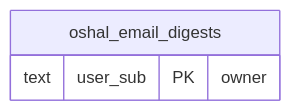
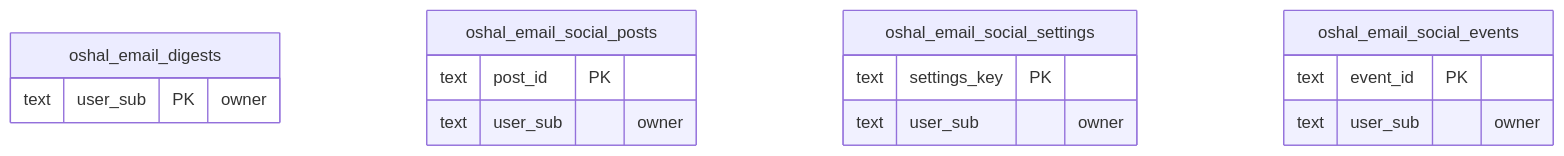
One commit to emeraldcoastsystemsgroup/oshal-apps changed the diagram in email-summarizer/SCHEMA.md. Above: the diagram before and after it, drawn with Mermaid. The commit also changed other lines of this file and 246 other files, not shown here.

````diff
--- a/email-summarizer/SCHEMA.md
+++ b/email-summarizer/SCHEMA.md
@@ -17,6 +17,18 @@
 ```mermaid
 erDiagram
   oshal_email_digests {
     text user_sub PK "owner"
   }
+  oshal_email_social_posts {
+    text post_id PK
+    text user_sub "owner"
+  }
+  oshal_email_social_settings {
+    text settings_key PK
+    text user_sub "owner"
+  }
+  oshal_email_social_events {
+    text event_id PK
+    text user_sub "owner"
+  }
 ```
````
